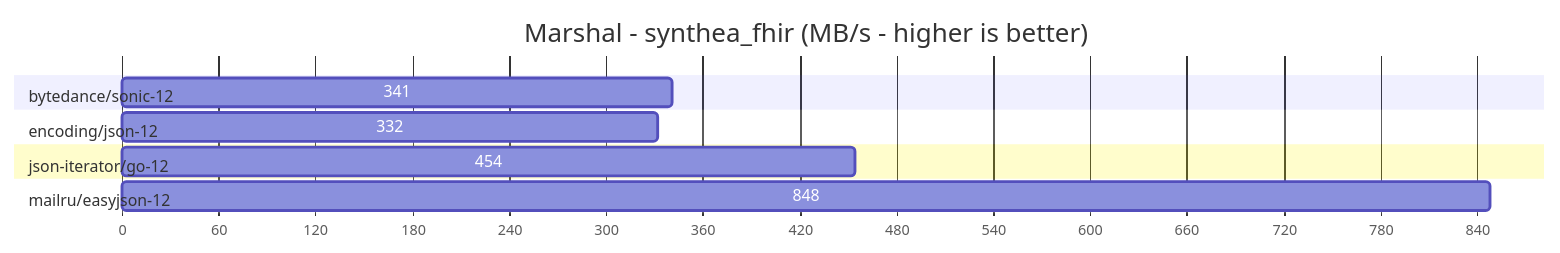
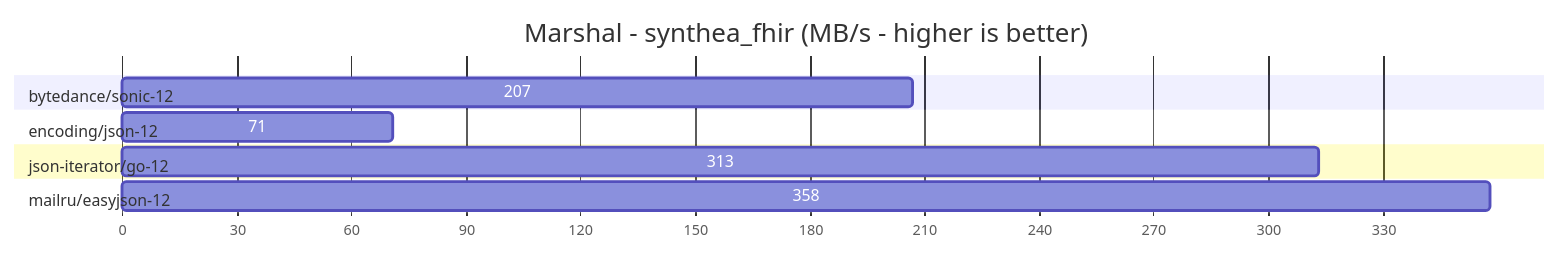
The fifth of 12 diagrams in README.md (compashka/json-benchmarks), drawn with Mermaid before and after one commit. The commit also changed other lines of this file and 23 other files, not shown here.

````diff
--- a/README.md
+++ b/README.md
@@ -75,15 +85,15 @@
 ```mermaid
 gantt
 title Marshal - synthea_fhir (MB/s - higher is better)
 dateFormat X
 axisFormat %s
 
 section bytedance/sonic-12          
-341 :0, 341
+207:0,207
 section encoding/json-12            
-332 :0, 332
+71:0,71
 section json-iterator/go-12         
-454 :0, 454
+313:0,313
 section mailru/easyjson-12          
-848 :0, 848
+358:0,358
 ```
````
